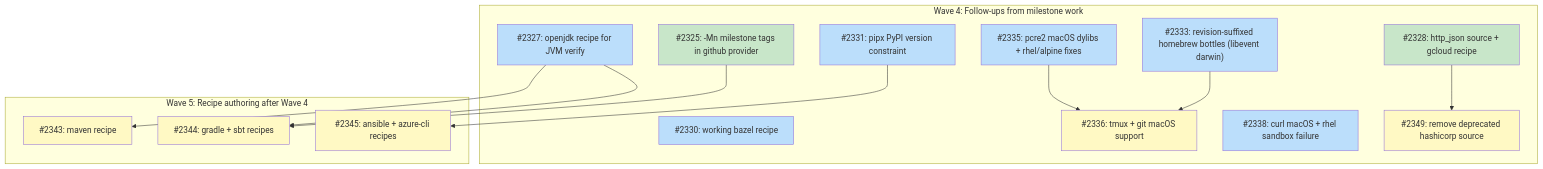
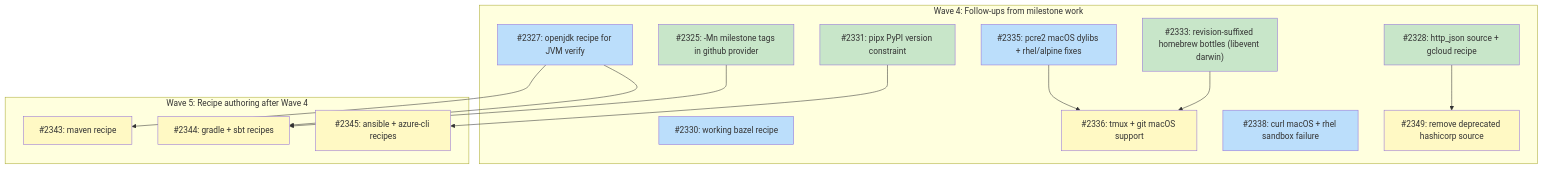
One commit to tsukumogami/tsuku changed the diagram in docs/plans/PLAN-curated-recipes.md. Above: the diagram before and after it, drawn with Mermaid. The commit also changed other lines of this file and 9 other files, not shown here.

````diff
--- a/docs/plans/PLAN-curated-recipes.md
+++ b/docs/plans/PLAN-curated-recipes.md
@@ -140,44 +140,44 @@
 ```mermaid
 graph TD
     subgraph wave4 ["Wave 4: Follow-ups from milestone work"]
         I2325["#2325: -Mn milestone tags in github provider"]
         I2327["#2327: openjdk recipe for JVM verify"]
         I2328["#2328: http_json source + gcloud recipe"]
         I2330["#2330: working bazel recipe"]
         I2331["#2331: pipx PyPI version constraint"]
         I2333["#2333: revision-suffixed homebrew bottles (libevent darwin)"]
         I2335["#2335: pcre2 macOS dylibs + rhel/alpine fixes"]
         I2336["#2336: tmux + git macOS support"]
         I2338["#2338: curl macOS + rhel sandbox failure"]
         I2349["#2349: remove deprecated hashicorp source"]
     end
 
     subgraph wave5 ["Wave 5: Recipe authoring after Wave 4"]
         I2343["#2343: maven recipe"]
         I2344["#2344: gradle + sbt recipes"]
         I2345["#2345: ansible + azure-cli recipes"]
     end
 
     I2333 --> I2336
     I2335 --> I2336
 
     I2327 --> I2343
     I2325 --> I2344
     I2327 --> I2344
     I2331 --> I2345
     I2328 --> I2349
 
     classDef done fill:#c8e6c9
     classDef ready fill:#bbdefb
     classDef blocked fill:#fff9c4
     classDef needsDesign fill:#e1bee7
     classDef needsPrd fill:#b3e5fc
     classDef needsSpike fill:#ffcdd2
     classDef needsDecision fill:#d1c4e9
     classDef tracksDesign fill:#FFE0B2,stroke:#F57C00,color:#000
     classDef tracksPlan fill:#FFE0B2,stroke:#F57C00,color:#000
 
-    class I2325,I2328 done
-    class I2327,I2330,I2331,I2333,I2335,I2338 ready
+    class I2325,I2328,I2331,I2333 done
+    class I2327,I2330,I2335,I2338 ready
     class I2336,I2343,I2344,I2345,I2349 blocked
 ```
````
